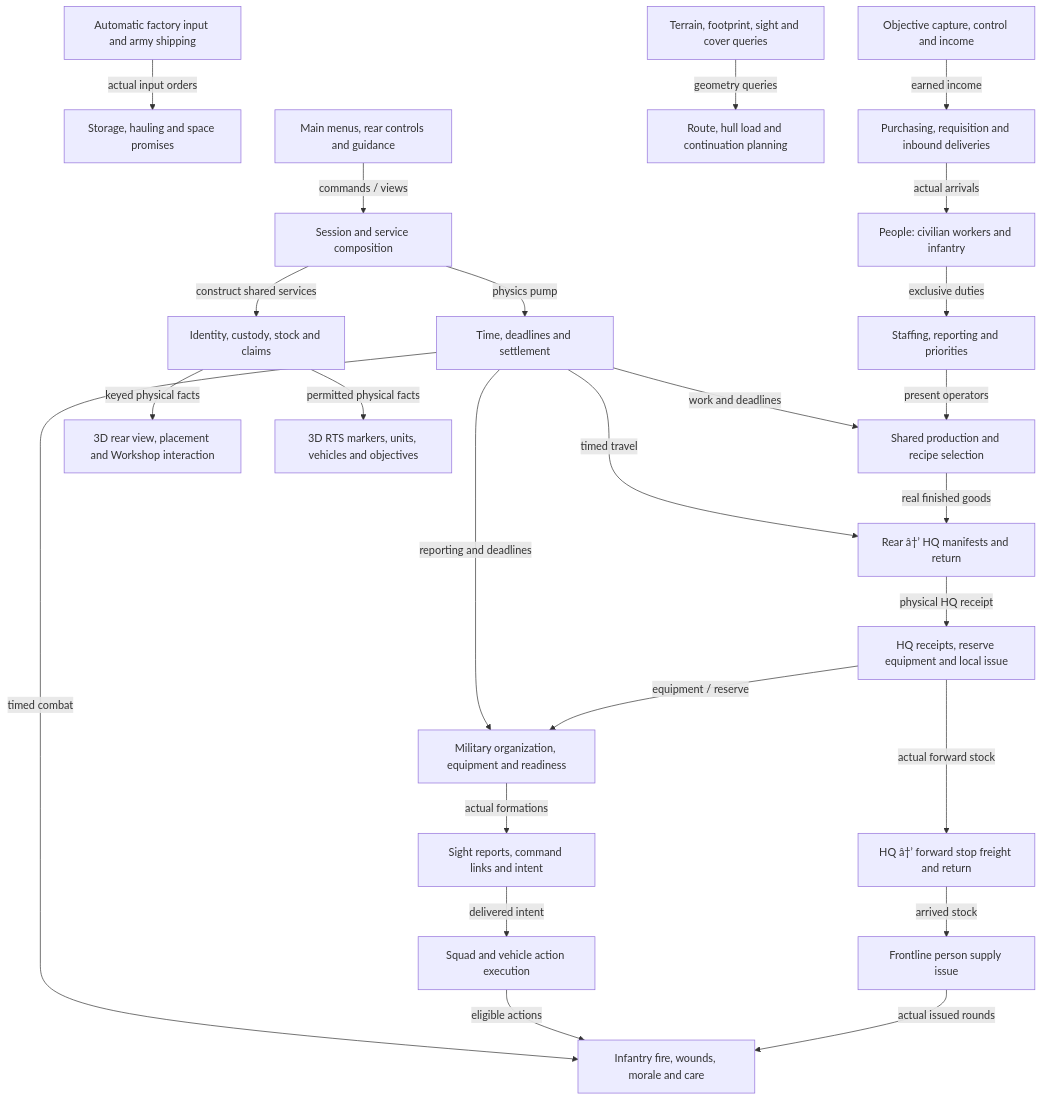
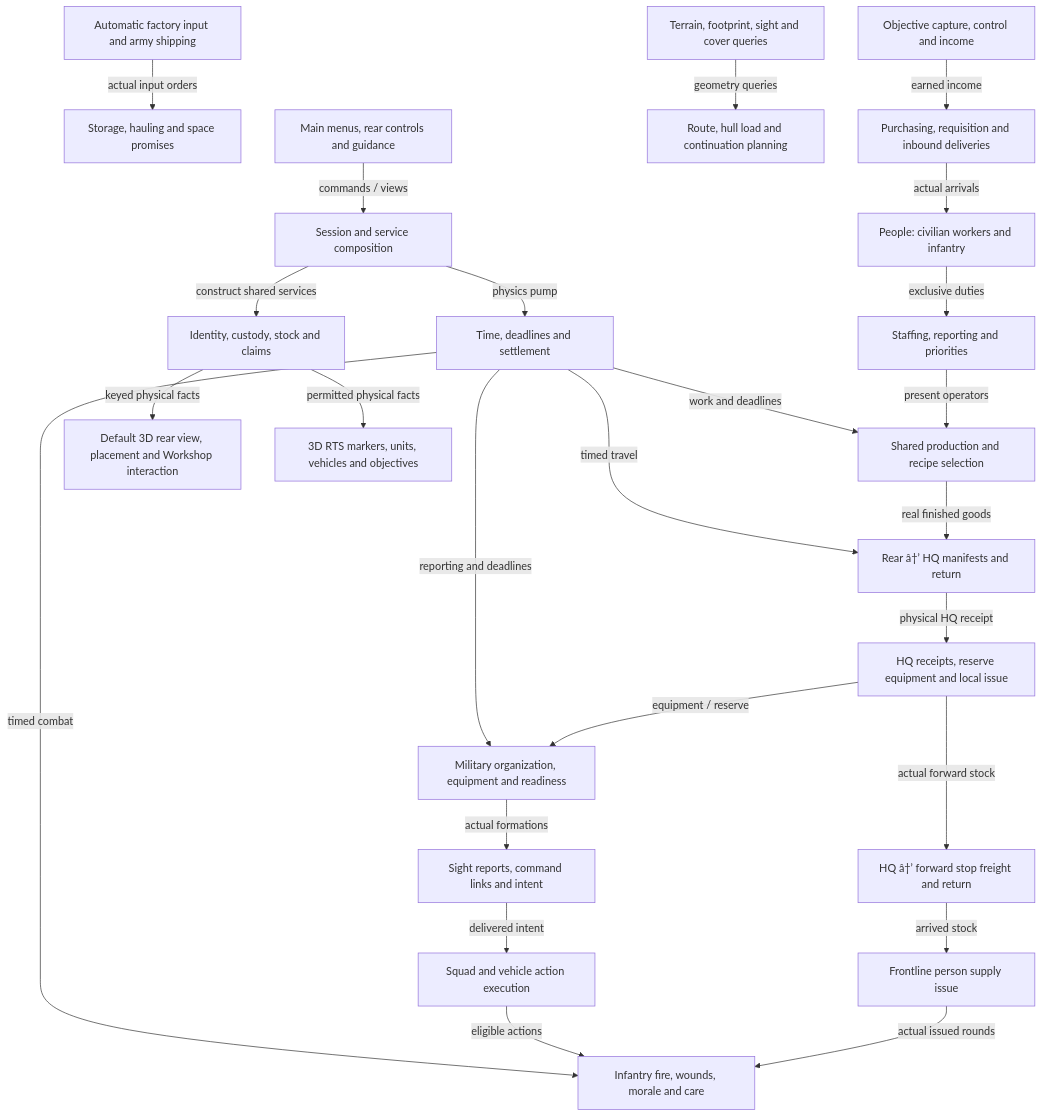
One commit to TheInfinityIQ/Trencho_V4 changed the first of 49 diagrams in docs/system_atlas.md. Above: the diagram before and after it, drawn with Mermaid. The commit also changed other lines of this file and 12 other files, not shown here.

````diff
--- a/docs/system_atlas.md
+++ b/docs/system_atlas.md
@@ -14,50 +14,50 @@
 ```mermaid
 flowchart TD
     session["Session and service composition"]
     clock["Time, deadlines and settlement"]
     identity["Identity, custody, stock and claims"]
     people["People: civilian workers and infantry"]
     staffing["Staffing, reporting and priorities"]
     hauling["Storage, hauling and space promises"]
     procurement["Purchasing, requisition and inbound deliveries"]
     production["Shared production and recipe selection"]
     dispatch["Rear â†’ HQ manifests and return"]
     hq["HQ receipts, reserve equipment and local issue"]
     logistics["Automatic factory input and army shipping"]
     army["Military organization, equipment and readiness"]
     orders["Sight reports, command links and intent"]
     execution["Squad and vehicle action execution"]
     forward["Frontline person supply issue"]
     freight["HQ â†’ forward stop freight and return"]
     combat["Infantry fire, wounds, morale and care"]
     objectives["Objective capture, control and income"]
     terrain["Terrain, footprint, sight and cover queries"]
     routes["Route, hull load and continuation planning"]
     ui["Main menus, rear controls and guidance"]
-    preview["3D rear view, placement and Workshop interaction"]
+    preview["Default 3D rear view, placement and Workshop interaction"]
     field3d["3D RTS markers, units, vehicles and objectives"]
     ui -->|"commands / views"| session
     session -->|"physics pump"| clock
     session -->|"construct shared services"| identity
     clock -->|"work and deadlines"| production
     clock -->|"reporting and deadlines"| army
     clock -->|"timed combat"| combat
     clock -->|"timed travel"| dispatch
     procurement -->|"actual arrivals"| people
     people -->|"exclusive duties"| staffing
     staffing -->|"present operators"| production
     logistics -->|"actual input orders"| hauling
     production -->|"real finished goods"| dispatch
     dispatch -->|"physical HQ receipt"| hq
     hq -->|"equipment / reserve"| army
     army -->|"actual formations"| orders
     orders -->|"delivered intent"| execution
     execution -->|"eligible actions"| combat
     hq -->|"actual forward stock"| freight
     freight -->|"arrived stock"| forward
     forward -->|"actual issued rounds"| combat
     objectives -->|"earned income"| procurement
     terrain -->|"geometry queries"| routes
     identity -->|"keyed physical facts"| preview
     identity -->|"permitted physical facts"| field3d
 ```
````
